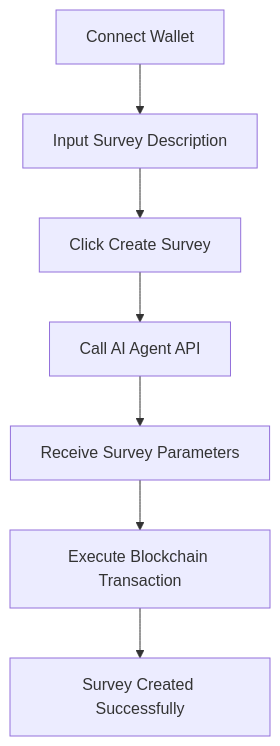
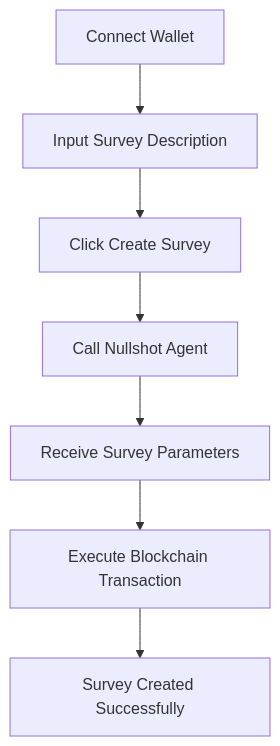
Before and after one commit to SurveySensei/SurveySensei-FE: the diagram in .trae/documents/survey-creation-prd.md, drawn with Mermaid. The commit also changed other lines of this file and 1 other file, not shown here.

Commit message:
Docs(PRD/Architecture): switch to Nullshot Agent Framework and add MCP integration sections

````diff
--- a/.trae/documents/survey-creation-prd.md
+++ b/.trae/documents/survey-creation-prd.md
@@ -36,9 +36,9 @@
 ```mermaid
 graph TD
   A[Connect Wallet] --> B[Input Survey Description]
   B --> C[Click Create Survey]
-  C --> D[Call AI Agent API]
+  C --> D[Call Nullshot Agent]
   D --> E[Receive Survey Parameters]
   E --> F[Execute Blockchain Transaction]
   F --> G[Survey Created Successfully]
 ```
````
